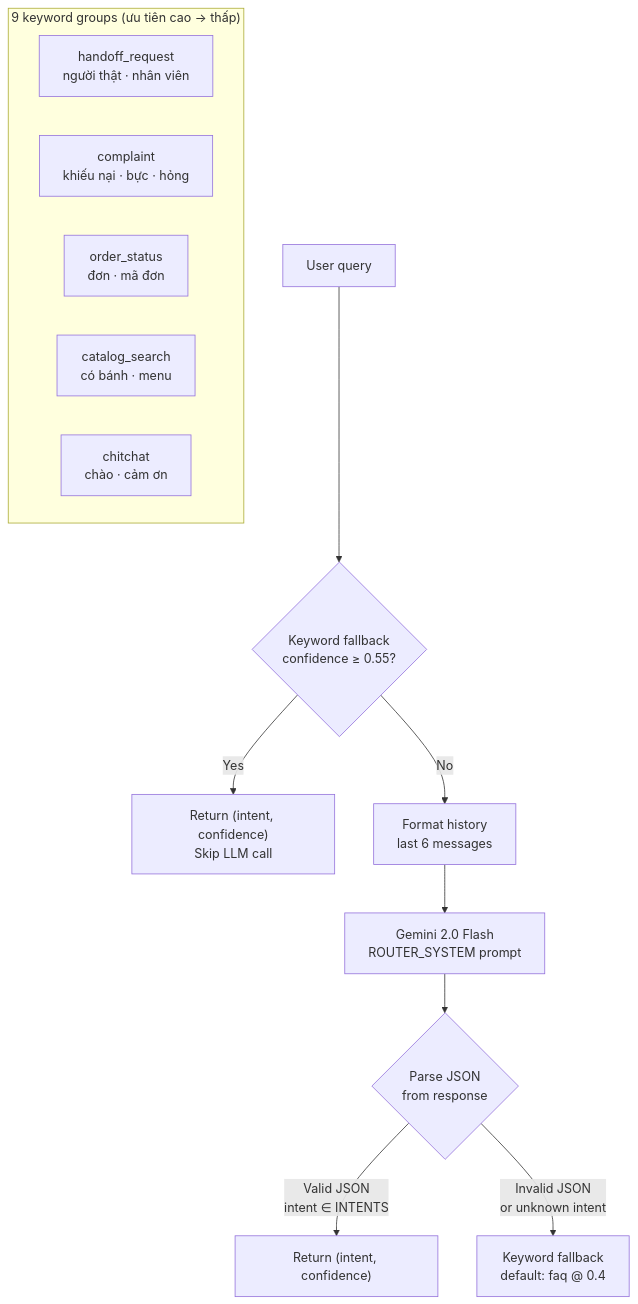
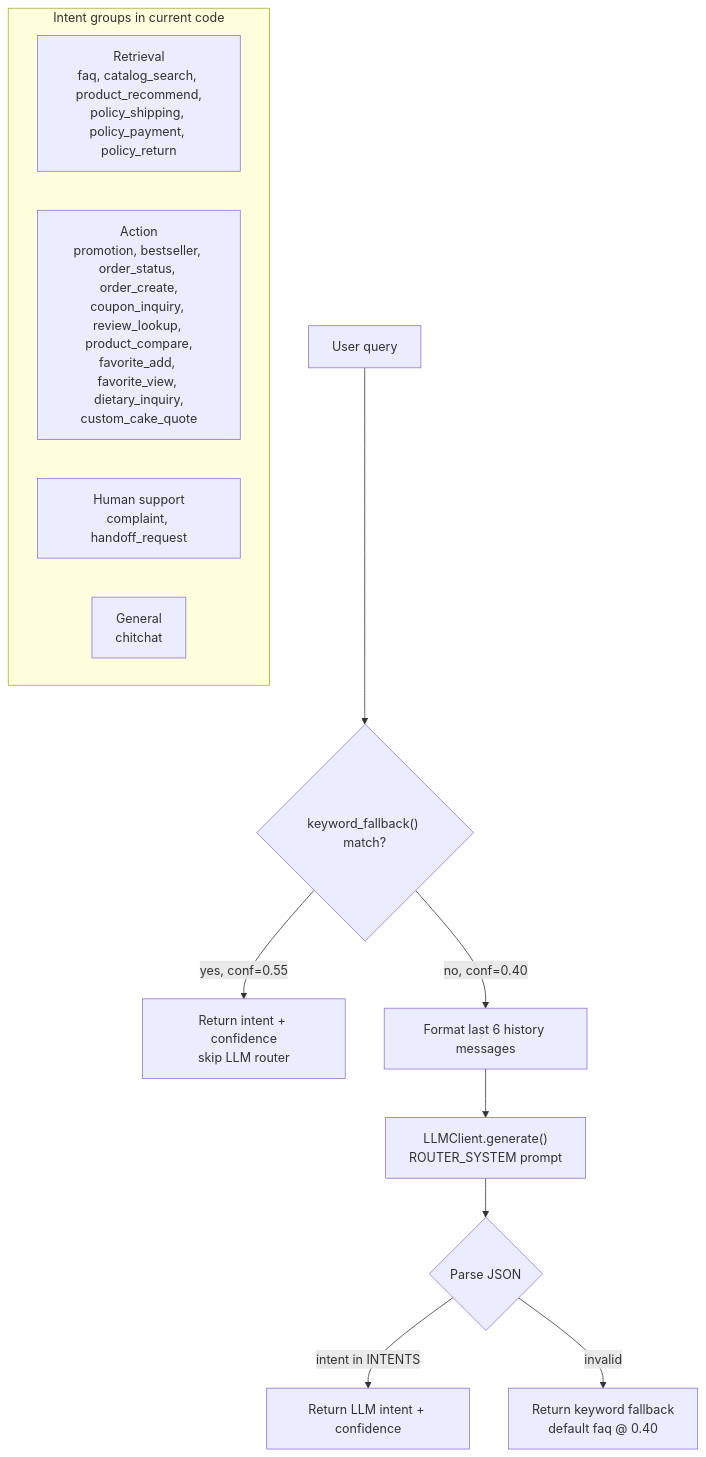
The third of 9 diagrams in docs/thesis/architecture-diagrams.md (nhatanhvodev/cakev0), drawn with Mermaid before and after one commit. The commit also changed other lines of this file and 14 other files, not shown here.

````diff
--- a/docs/thesis/architecture-diagrams.md
+++ b/docs/thesis/architecture-diagrams.md
@@ -119,22 +129,17 @@
 ```mermaid
 flowchart TD
-    Q["User query"] --> KW{"Keyword fallback<br/>confidence ≥ 0.55?"}
+    Q["User query"] --> KW{"keyword_fallback() match?"}
+    KW -->|yes, conf=0.55| DONE["Return intent + confidence<br/>skip LLM router"]
+    KW -->|no, conf=0.40| HIST["Format last 6 history messages"]
+    HIST --> LLM["LLMClient.generate()<br/>ROUTER_SYSTEM prompt"]
+    LLM --> PARSE{"Parse JSON"}
+    PARSE -->|intent in INTENTS| RESULT["Return LLM intent + confidence"]
+    PARSE -->|invalid| FALLBACK["Return keyword fallback<br/>default faq @ 0.40"]
 
-    KW -->|Yes| DONE["Return (intent, confidence)<br/>Skip LLM call"]
-    KW -->|No| HIST["Format history<br/>last 6 messages"]
-
-    HIST --> LLM["Gemini 2.0 Flash<br/>ROUTER_SYSTEM prompt"]
-    LLM --> PARSE{"Parse JSON<br/>from response"}
-
-    PARSE -->|Valid JSON<br/>intent ∈ INTENTS| RESULT["Return (intent, confidence)"]
-    PARSE -->|Invalid JSON<br/>or unknown intent| FALLBACK["Keyword fallback<br/>default: faq @ 0.4"]
-
-    subgraph Keywords["9 keyword groups (ưu tiên cao → thấp)"]
-        direction LR
-        K1["handoff_request<br/>người thật · nhân viên"]
-        K2["complaint<br/>khiếu nại · bực · hỏng"]
-        K3["order_status<br/>đơn · mã đơn"]
-        K4["catalog_search<br/>có bánh · menu"]
-        K5["chitchat<br/>chào · cảm ơn"]
+    subgraph IntentGroups["Intent groups in current code"]
+        G1["Retrieval<br/>faq, catalog_search, product_recommend,<br/>policy_shipping, policy_payment, policy_return"]
+        G2["Action<br/>promotion, bestseller, order_status, order_create,<br/>coupon_inquiry, review_lookup, product_compare,<br/>favorite_add, favorite_view, dietary_inquiry,<br/>custom_cake_quote"]
+        G3["Human support<br/>complaint, handoff_request"]
+        G4["General<br/>chitchat"]
     end
 ```
````
